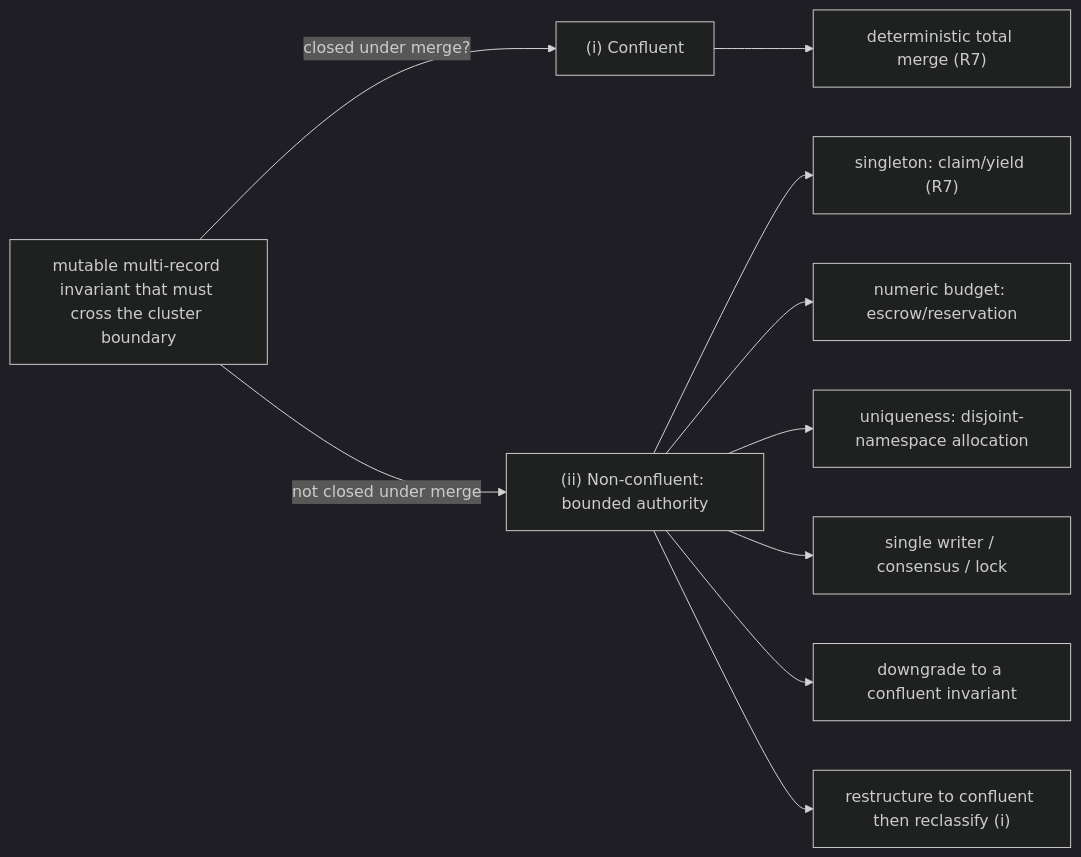
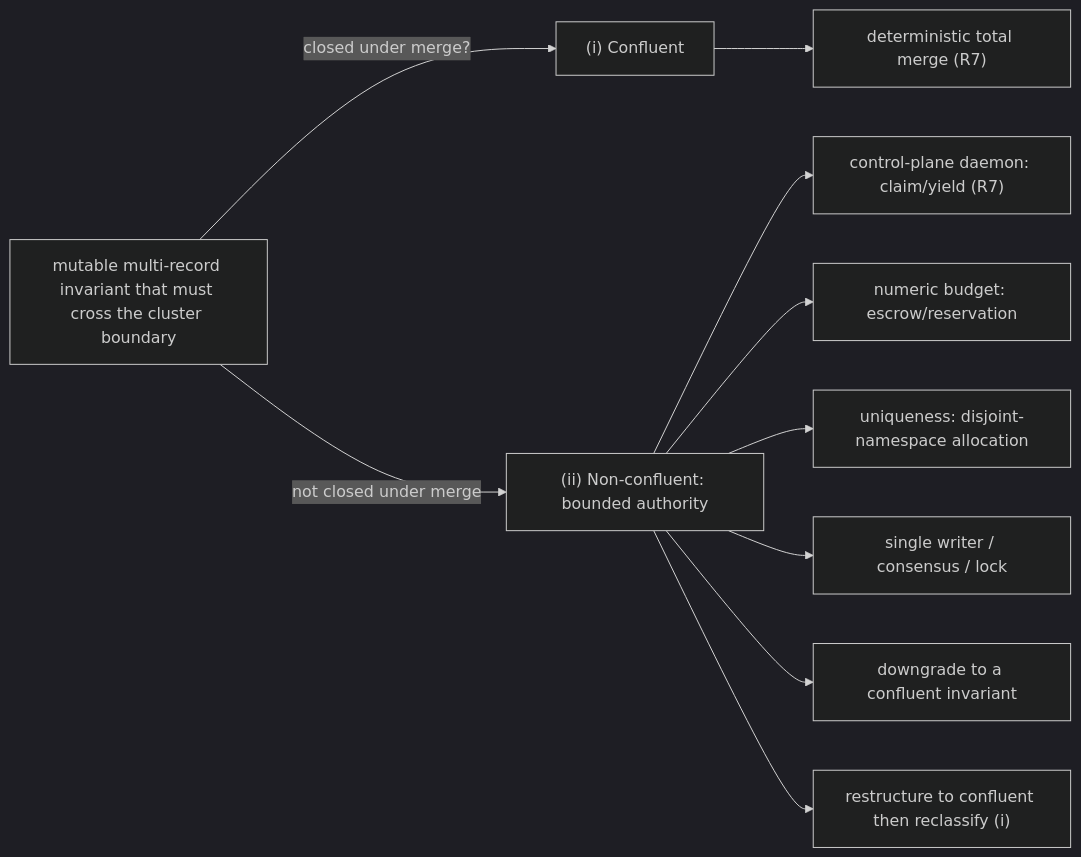
One commit to Tuee22/amoebius changed the diagram in documents/engineering/chaos_failover_second_axis.md. Above: the diagram before and after it, drawn with Mermaid (dark theme). The commit also changed other lines of this file and 1233 other files, not shown here.

````diff
--- a/documents/engineering/chaos_failover_second_axis.md
+++ b/documents/engineering/chaos_failover_second_axis.md
@@ -108,14 +108,14 @@
 ```mermaid
 flowchart LR
 %% register: orientation
   Q["mutable multi-record invariant that must cross the cluster boundary"]
   Q -->|"closed under merge?"| CONF["(i) Confluent"]
   Q -->|"not closed under merge"| NON["(ii) Non-confluent: bounded authority"]
   CONF --> M["deterministic total merge (R7)"]
-  NON --> S1["singleton: claim/yield (R7)"]
+  NON --> S1["control-plane daemon: claim/yield (R7)"]
   NON --> S2["numeric budget: escrow/reservation"]
   NON --> S3["uniqueness: disjoint-namespace allocation"]
   NON --> S4["single writer / consensus / lock"]
   NON --> S5["downgrade to a confluent invariant"]
   NON --> S6["restructure to confluent then reclassify (i)"]
 ```
````
